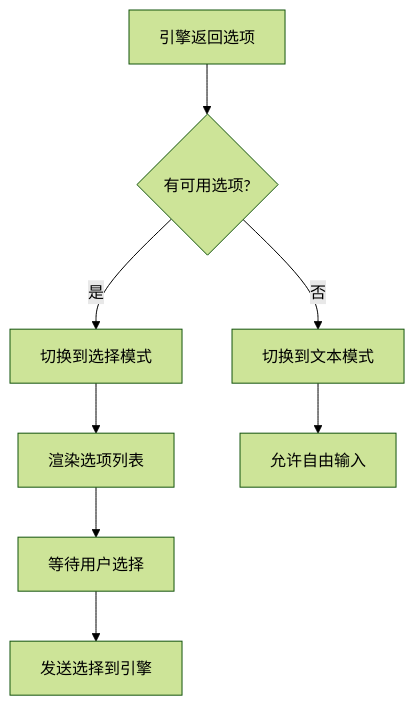
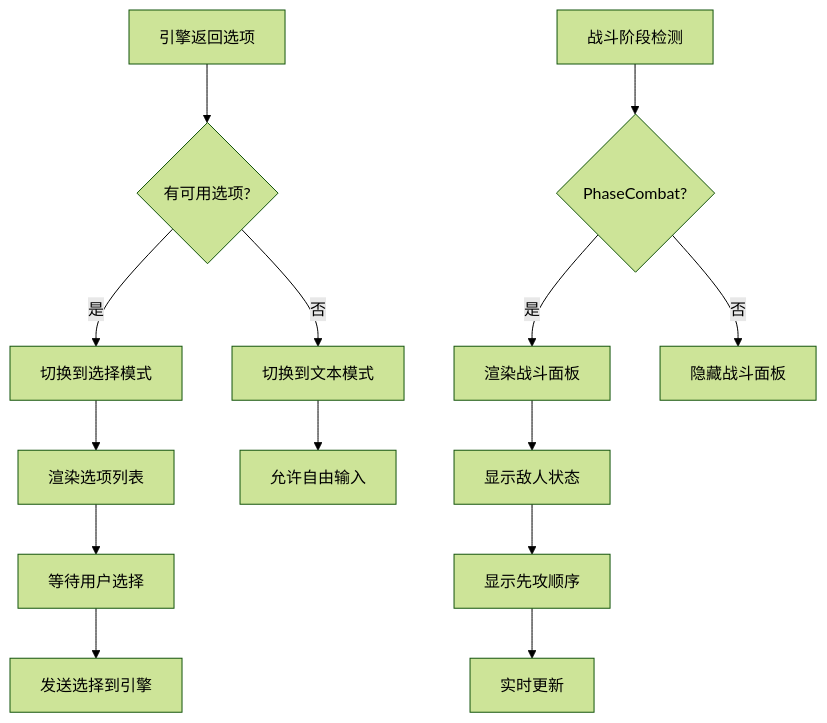
Diagram 11 of 12 in .qoder/repowiki/zh/content/工具系统/工具系统.md (zwh8800/cdnd), drawn with Mermaid (forest theme) before and after one commit. The commit also changed other lines of this file and 102 other files, not shown here.

````diff
--- a/.qoder/repowiki/zh/content/工具系统/工具系统.md
+++ b/.qoder/repowiki/zh/content/工具系统/工具系统.md
@@ -462,10 +565,16 @@
 ```mermaid
 flowchart TD
 A["引擎返回选项"] --> B{"有可用选项?"}
 B --> |是| C["切换到选择模式"]
 C --> D["渲染选项列表"]
 D --> E["等待用户选择"]
 E --> F["发送选择到引擎"]
 B --> |否| G["切换到文本模式"]
 G --> H["允许自由输入"]
+I["战斗阶段检测"] --> J{"PhaseCombat?"}
+J --> |是| K["渲染战斗面板"]
+K --> L["显示敌人状态"]
+L --> M["显示先攻顺序"]
+M --> N["实时更新"]
+J --> |否| O["隐藏战斗面板"]
 ```
````
